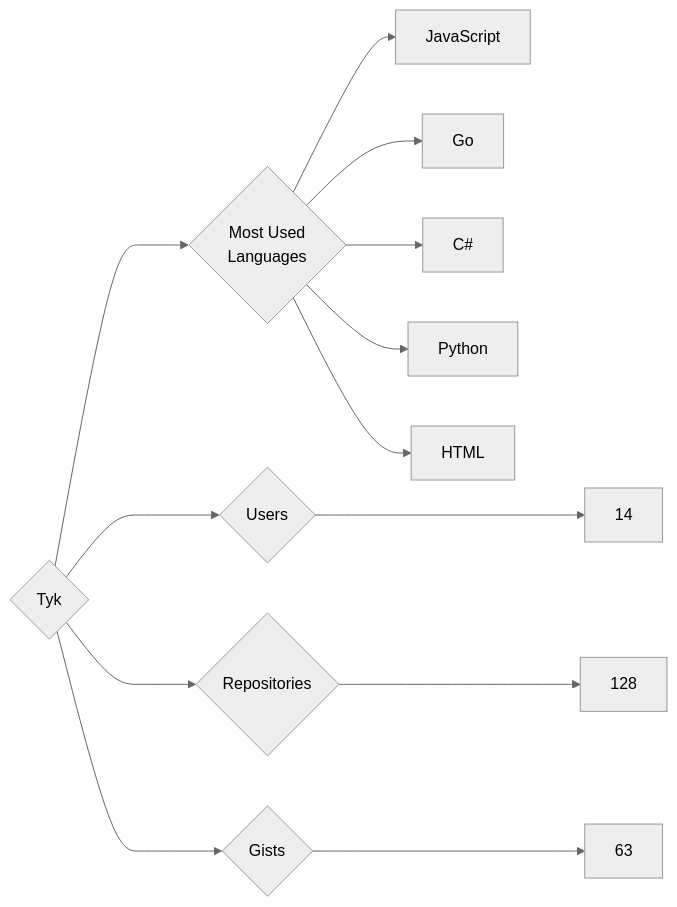
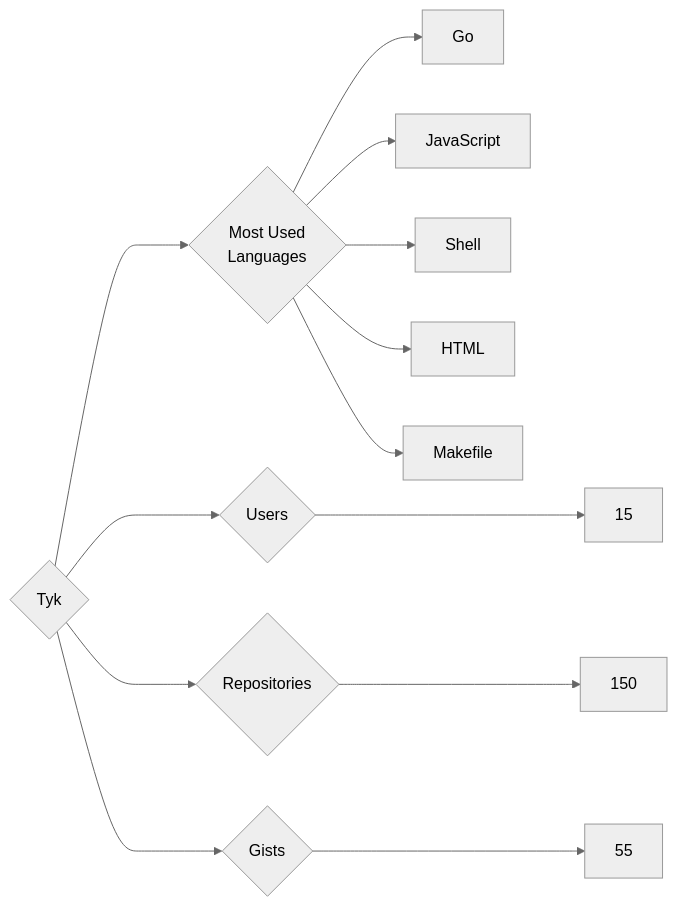
One commit to trickest/insiders changed the diagram in targets/Tyk/README.md. Above: the diagram before and after it, drawn with Mermaid (neutral theme). The commit also changed 912 other files, not shown here.

````diff
--- a/targets/Tyk/README.md
+++ b/targets/Tyk/README.md
@@ -3,13 +3,13 @@
 ```mermaid
 graph LR
 COMPANY_NAME{Tyk}
-COMPANY_NAME ---> U{Users} ---> UN[14]
-COMPANY_NAME ---> R{Repositories} ---> RN[128]
-COMPANY_NAME ---> G{Gists} ---> GN[63]
+COMPANY_NAME ---> U{Users} ---> UN[15]
+COMPANY_NAME ---> R{Repositories} ---> RN[150]
+COMPANY_NAME ---> G{Gists} ---> GN[55]
 COMPANY_NAME ---> ML{Most Used<br>Languages}
+ML --> Go[Go]
 ML --> JavaScript[JavaScript]
-ML --> Go[Go]
-ML --> C#[C#]
-ML --> Python[Python]
+ML --> Shell[Shell]
 ML --> HTML[HTML]
+ML --> Makefile[Makefile]
 ```
````
